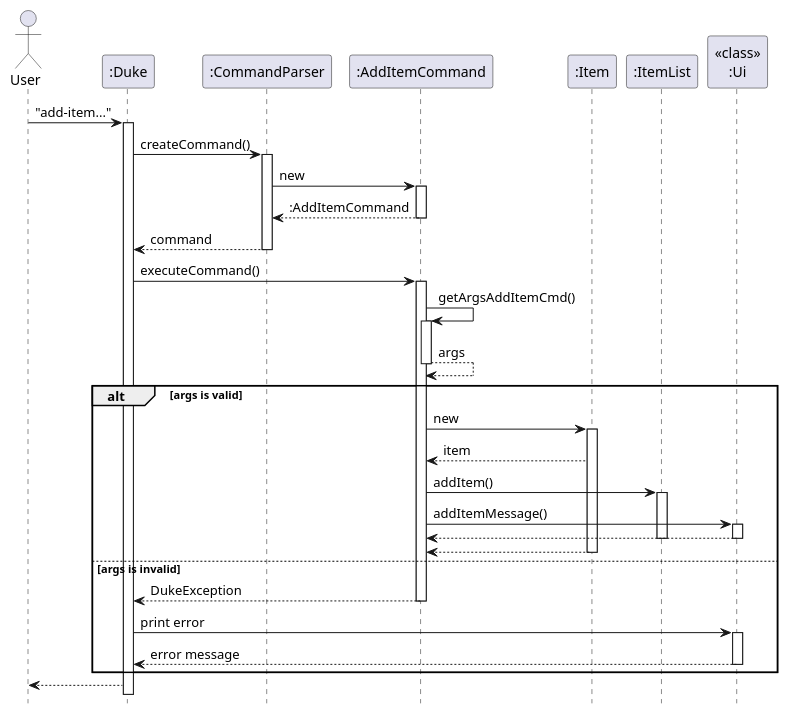
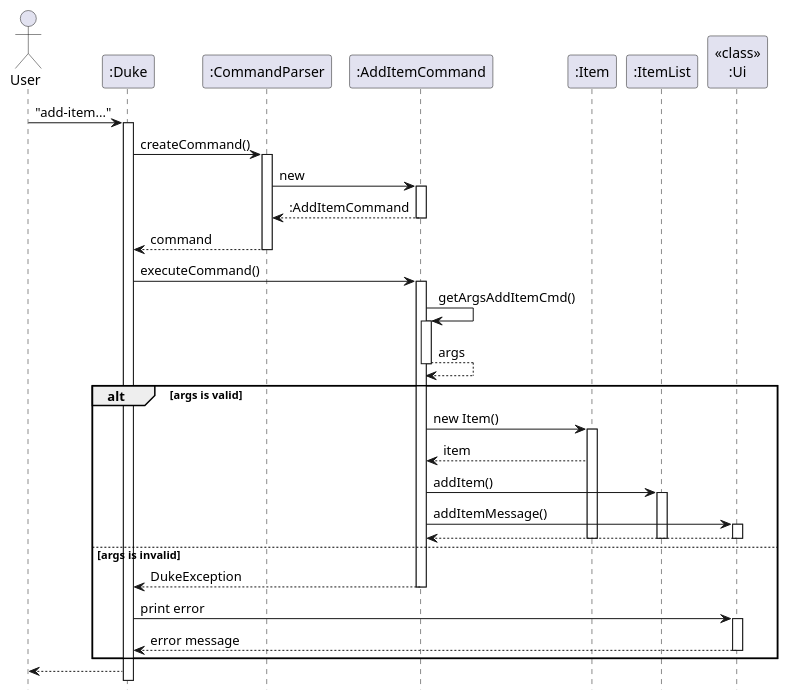
Before and after one commit to nus-cs2113-AY2223S1/tp: the diagram in docs/diagrams/item/AddItemSequence.puml, drawn with PlantUML. The commit also changed 13 other files, not shown here.

Commit message:
Update diagrams

```diff
--- a/docs/diagrams/item/AddItemSequence.puml
+++ b/docs/diagrams/item/AddItemSequence.puml
@@ -1,40 +1,39 @@
 @startuml
 hide footbox
 Actor User
 "User" -> ":Duke": "add-item..."
 activate ":Duke"
 ":Duke" -> ":CommandParser": createCommand()
 activate ":CommandParser"
 ":CommandParser" -> ":AddItemCommand": new
 activate ":AddItemCommand"
 return :AddItemCommand
 ":CommandParser" --> ":Duke": command
 deactivate
 ":Duke" -> ":AddItemCommand" : executeCommand()
 activate ":AddItemCommand"
 ":AddItemCommand" -> ":AddItemCommand": getArgsAddItemCmd()
 activate ":AddItemCommand"
 return args
 alt args is valid
-    ":AddItemCommand" -> ":Item": new
+    ":AddItemCommand" -> ":Item": new Item()
     activate ":Item"
     ":Item" --> ":AddItemCommand": item
     ":AddItemCommand" -> ":ItemList": addItem()
     activate ":ItemList"
     ":AddItemCommand" -> "<<class>>\n:Ui": addItemMessage()
     activate "<<class>>\n:Ui"
     return
     deactivate ":ItemList"
-    return
     deactivate "<<class>>\n:Ui"
     deactivate ":Item"
 else args is invalid
     ":AddItemCommand" --> ":Duke" : DukeException
     deactivate ":AddItemCommand"
     ":Duke" -> "<<class>>\n:Ui" : print error
     activate "<<class>>\n:Ui"
     "<<class>>\n:Ui" --> ":Duke" : error message
     deactivate "<<class>>\n:Ui"
 end
 ":Duke" --> "User"
 @enduml
```
